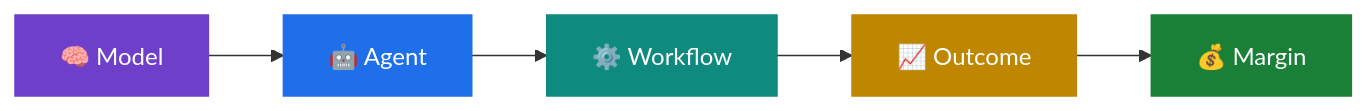
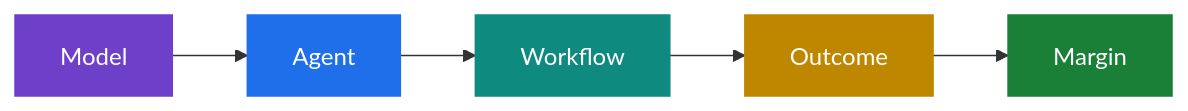
Before and after one commit to vinayagrw/vinayagrw: the diagram in README.md, drawn with Mermaid. The commit also changed other lines of this file and 6 other files, not shown here.

````diff
--- a/README.md
+++ b/README.md
@@ -25,14 +30,14 @@
 ```mermaid
 flowchart LR
-  M["🧠 Model"] --> A["🤖 Agent"] --> W["⚙️ Workflow"] --> O["📈 Outcome"] --> G["💰 Margin"]
+  M["Model"] --> A["Agent"] --> W["Workflow"] --> O["Outcome"] --> G["Margin"]
   classDef model fill:#6e40c9,stroke:#6e40c9,color:#fff
   classDef agent fill:#1f6feb,stroke:#1f6feb,color:#fff
   classDef flow fill:#0f8a7e,stroke:#0f8a7e,color:#fff
   classDef out fill:#bf8700,stroke:#bf8700,color:#fff
   classDef margin fill:#1a7f37,stroke:#1a7f37,color:#fff
   class M model
   class A agent
   class W flow
   class O out
   class G margin
 ```
````
